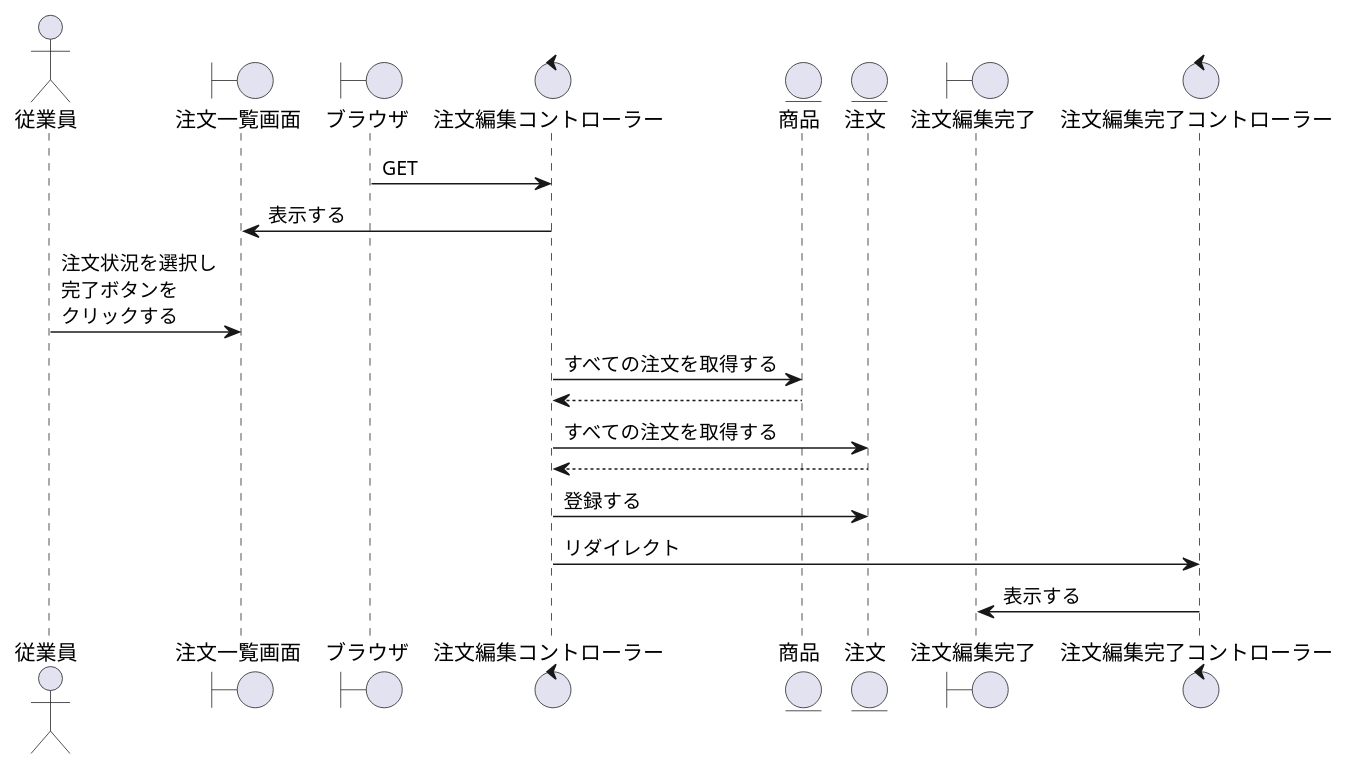
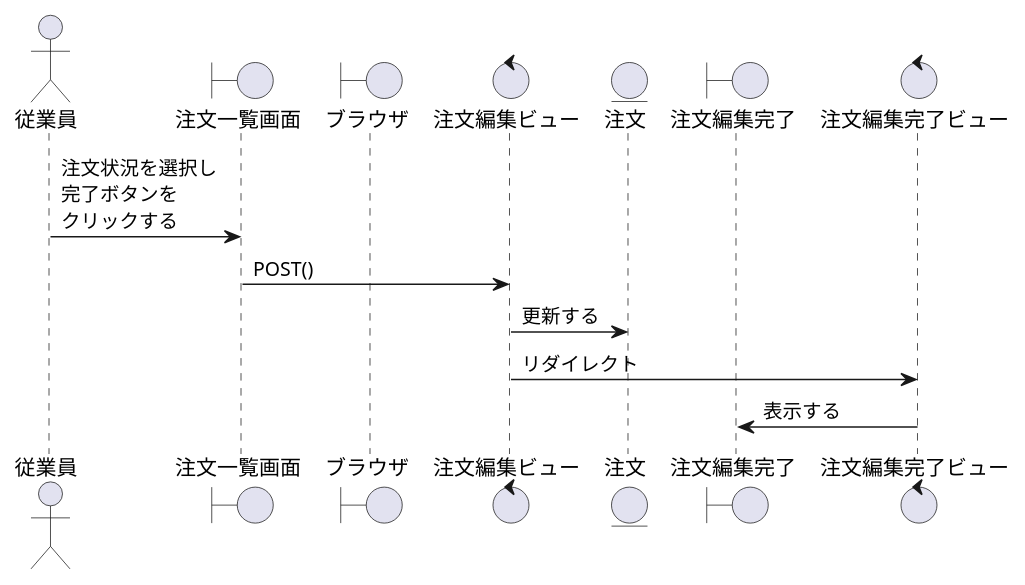
Before and after one commit to ysyk-wtnb16/team_D: the diagram in BBショップ/注文編集.wsd, drawn with PlantUML. The commit also changed 3 other files, not shown here.

```diff
--- a/BBショップ/注文編集.wsd
+++ b/BBショップ/注文編集.wsd
@@ -1,32 +1,33 @@
 @startuml update
 ' ①縦軸の並び順を決める
 actor "従業員" as act
 boundary "注文一覧画面" as oeb
 ' コントローラーに初回アクセスするもの
 boundary "ブラウザ" as brz
 ' コントローラーまたはビューの名称を決める
-control "注文編集コントローラー" as oec
+control "注文編集ビュー" as oec
 ' DAOまたはモデルとなる
 
-entity "商品" as pdt
+' entity "商品" as pdt
 entity "注文" as order
 
 boundary "注文編集完了" as oekb
-control "注文編集完了コントローラー" as oekc
+control "注文編集完了ビュー" as oekc
 
-brz -> oec: GET
+' brz -> oec: GET
 
-oeb <- oec:表示する
+' oeb <- oec:表示する
 
 act -> oeb:注文状況を選択し\n完了ボタンを\nクリックする
 
-oec -> pdt:すべての注文を取得する
-pdt --> oec
-oec -> order:すべての注文を取得する
-order --> oec
+oeb -> oec:POST()
+' oec -> pdt:すべての注文を取得する
+' pdt --> oec
 
-oec -> order: 登録する
+
+
+oec -> order: 更新する
 oec -> oekc:リダイレクト
 oekc -> oekb:表示する
 
 @enduml
```
